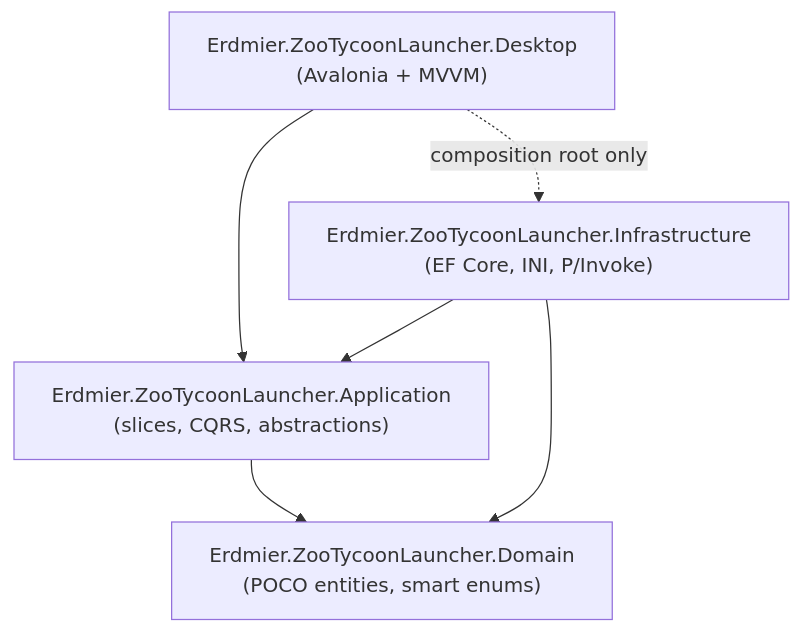
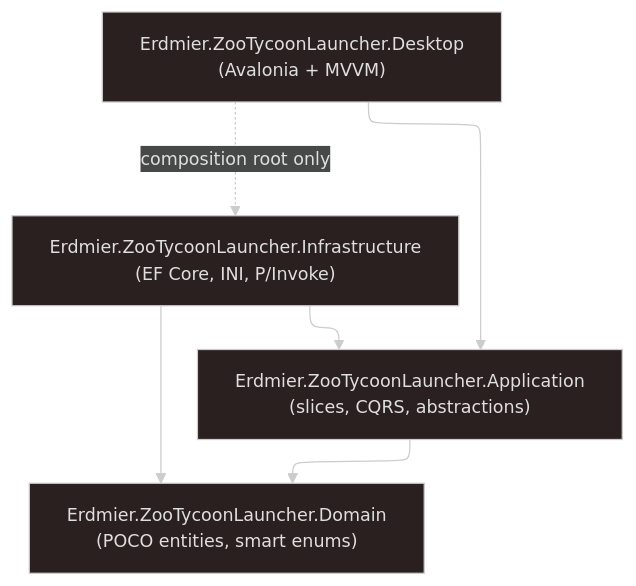
The first of 4 diagrams in docs/superpowers/specs/2026-05-26-zoo-tycoon-launcher-design.md (JustinianErdmier/Erdmier.ZooTycoonLauncher), drawn with Mermaid before and after one commit. The commit also changed other lines of this file and 41 other files, not shown here.

````diff
--- a/docs/superpowers/specs/2026-05-26-zoo-tycoon-launcher-design.md
+++ b/docs/superpowers/specs/2026-05-26-zoo-tycoon-launcher-design.md
@@ -183,12 +228,12 @@
-```mermaid
-flowchart TD
-    Desktop["Erdmier.ZooTycoonLauncher.Desktop<br/>(Avalonia + MVVM)"]
-    App["Erdmier.ZooTycoonLauncher.Application<br/>(slices, CQRS, abstractions)"]
-    Domain["Erdmier.ZooTycoonLauncher.Domain<br/>(POCO entities, smart enums)"]
-    Infra["Erdmier.ZooTycoonLauncher.Infrastructure<br/>(EF Core, INI, P/Invoke)"]
-    Desktop --> App
-    App --> Domain
-    Infra --> App
-    Infra --> Domain
+```mermaid  
+---  
+config:  
+  theme: neo-dark  
+  layout: elk  
+---  
+flowchart TB  
+    Desktop["Erdmier.ZooTycoonLauncher.Desktop<br>(Avalonia + MVVM)"] --> App["Erdmier.ZooTycoonLauncher.Application<br>(slices, CQRS, abstractions)"]  
+    App --> Domain["Erdmier.ZooTycoonLauncher.Domain<br>(POCO entities, smart enums)"]  
+    Infra["Erdmier.ZooTycoonLauncher.Infrastructure<br>(EF Core, INI, P/Invoke)"] --> App & Domain  
     Desktop -. composition root only .-> Infra
-```
+```  
````
